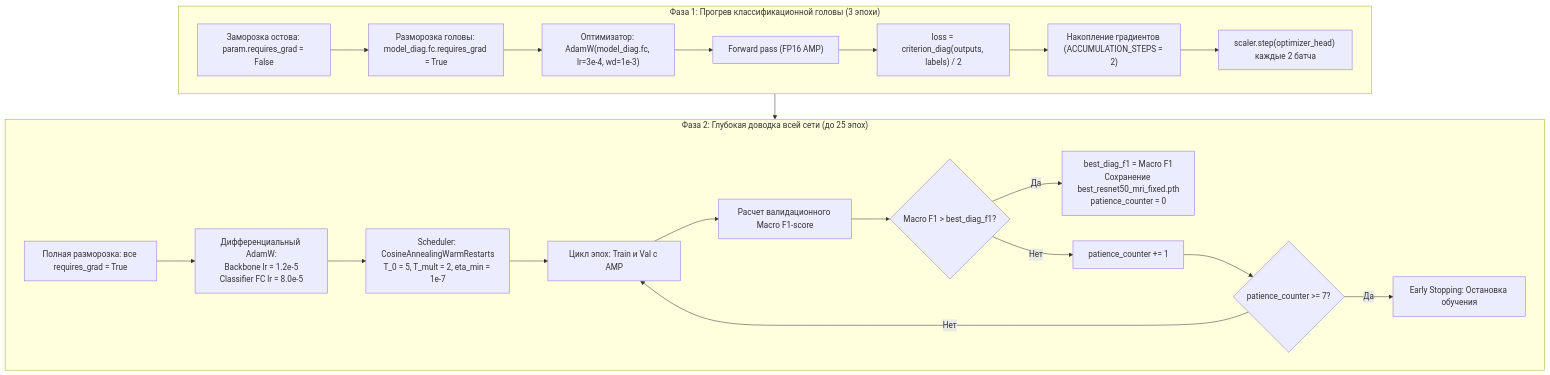
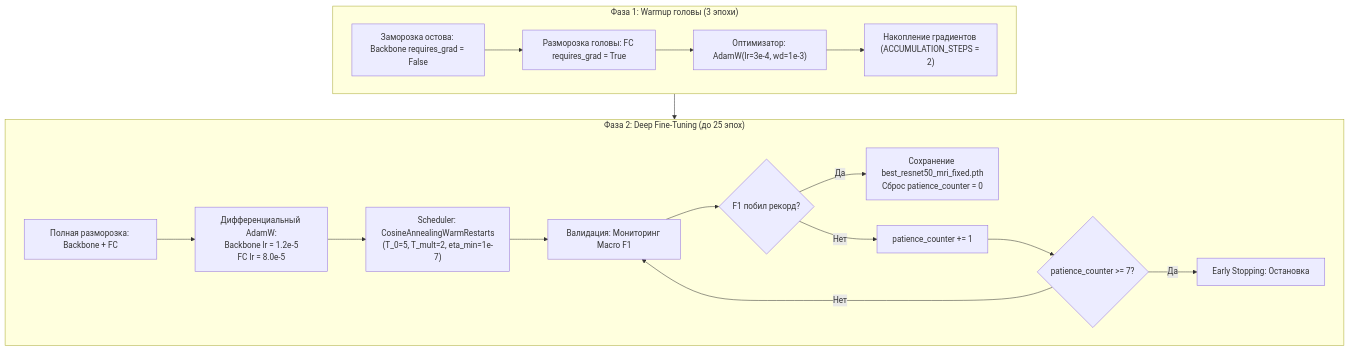
Before and after one commit to marklemesev-spec/mri-brain-tumors: the sixth of 7 diagrams in README.md, drawn with Mermaid. The commit also changed other lines of this file, not shown here.

````diff
--- a/README.md
+++ b/README.md
@@ -238,26 +227,22 @@
 ```mermaid
 flowchart TD
-    subgraph Phase1["Фаза 1: Прогрев классификационной головы (3 эпохи)"]
-        A1["Заморозка остова: param.requires_grad = False"] --> A2["Разморозка головы: model_diag.fc.requires_grad = True"]
-        A2 --> A3["Оптимизатор: AdamW(model_diag.fc, lr=3e-4, wd=1e-3)"]
-        A3 --> A4["Forward pass (FP16 AMP)"]
-        A4 --> A5["loss = criterion_diag(outputs, labels) / 2"]
-        A5 --> A6["Накопление градиентов (ACCUMULATION_STEPS = 2)"]
-        A6 --> A7["scaler.step(optimizer_head) каждые 2 батча"]
+    subgraph Phase1["Фаза 1: Warmup головы (3 эпохи)"]
+        A1["Заморозка остова: Backbone requires_grad = False"] --> A2["Разморозка головы: FC requires_grad = True"]
+        A2 --> A3["Оптимизатор: AdamW(lr=3e-4, wd=1e-3)"]
+        A3 --> A4["Накопление градиентов (ACCUMULATION_STEPS = 2)"]
     end
 
-    subgraph Phase2["Фаза 2: Глубокая доводка всей сети (до 25 эпох)"]
-        B1["Полная разморозка: все requires_grad = True"] --> B2["Дифференциальный AdamW:<br/>Backbone lr = 1.2e-5<br/>Classifier FC lr = 8.0e-5"]
-        B2 --> B3["Scheduler: CosineAnnealingWarmRestarts<br/>T_0 = 5, T_mult = 2, eta_min = 1e-7"]
-        B3 --> B4["Цикл эпох: Train и Val с AMP"]
-        B4 --> B5["Расчет валидационного Macro F1-score"]
-        B5 --> B6{"Macro F1 > best_diag_f1?"}
-        B6 -- Да --> B7["best_diag_f1 = Macro F1<br/>Сохранение best_resnet50_mri_fixed.pth<br/>patience_counter = 0"]
-        B6 -- Нет --> B8["patience_counter += 1"]
-        B8 --> B9{"patience_counter >= 7?"}
-        B9 -- Да --> B10["Early Stopping: Остановка обучения"]
-        B9 -- Нет --> B4
+    subgraph Phase2["Фаза 2: Deep Fine-Tuning (до 25 эпох)"]
+        B1["Полная разморозка: Backbone + FC"] --> B2["Дифференциальный AdamW:<br/>Backbone lr = 1.2e-5<br/>FC lr = 8.0e-5"]
+        B2 --> B3["Scheduler: CosineAnnealingWarmRestarts<br/>(T_0=5, T_mult=2, eta_min=1e-7)"]
+        B3 --> B4["Валидация: Мониторинг Macro F1"]
+        B4 --> B5{"F1 побил рекорд?"}
+        B5 -->|Да| B6["Сохранение best_resnet50_mri_fixed.pth<br/>Сброс patience_counter = 0"]
+        B5 -->|Нет| B7["patience_counter += 1"]
+        B7 --> B8{"patience_counter >= 7?"}
+        B8 -->|Да| B9["Early Stopping: Остановка"]
+        B8 -->|Нет| B4
     end
 
     Phase1 --> Phase2
 ```
````
